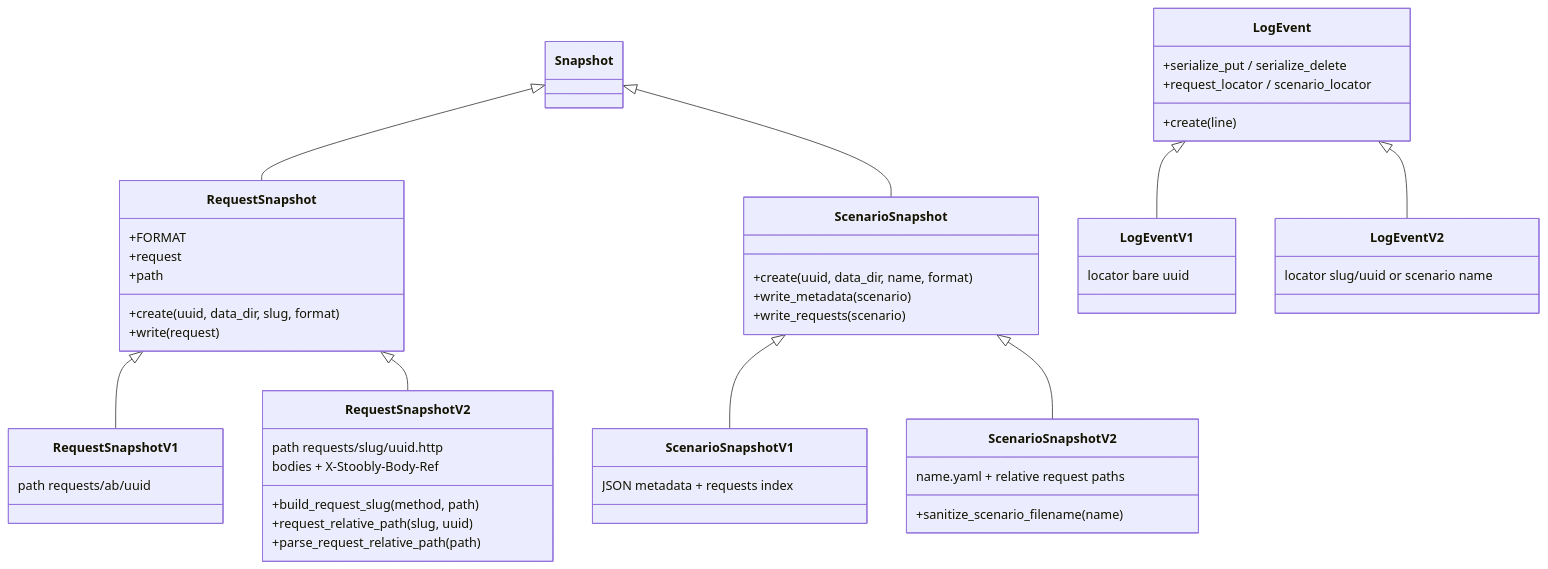
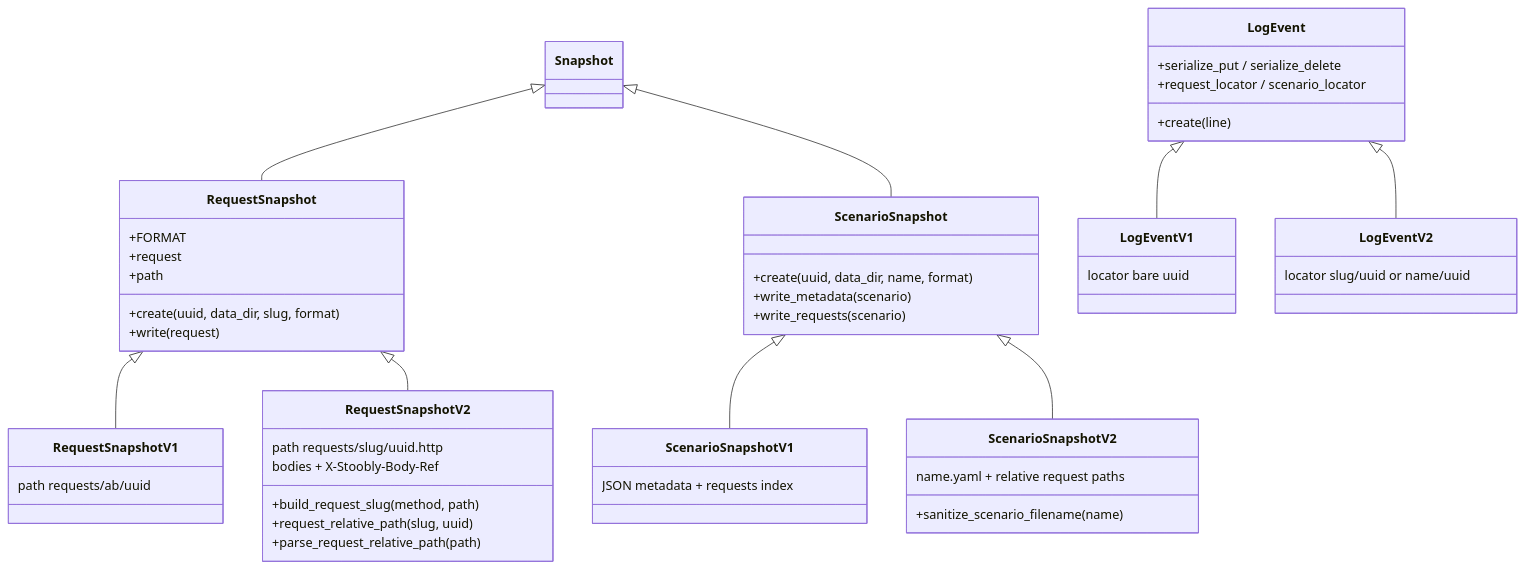
One commit to Stoobly/stoobly-agent changed the second of 2 diagrams in docs/snapshot-create.md. Above: the diagram before and after it, drawn with Mermaid. The commit also changed other lines of this file and 15 other files, not shown here.

First line of the commit message:
Relocate scenario YAML on rename and key v2 history by UUID.

````diff
--- a/docs/snapshot-create.md
+++ b/docs/snapshot-create.md
@@ -40,52 +40,52 @@
 ```mermaid
 classDiagram
   Snapshot <|-- RequestSnapshot
   RequestSnapshot <|-- RequestSnapshotV1
   RequestSnapshot <|-- RequestSnapshotV2
   Snapshot <|-- ScenarioSnapshot
   ScenarioSnapshot <|-- ScenarioSnapshotV1
   ScenarioSnapshot <|-- ScenarioSnapshotV2
   LogEvent <|-- LogEventV1
   LogEvent <|-- LogEventV2
 
   class RequestSnapshot {
     +create(uuid, data_dir, slug, format)
     +FORMAT
     +write(request)
     +request
     +path
   }
   class RequestSnapshotV1 {
     path requests/ab/uuid
   }
   class RequestSnapshotV2 {
     +build_request_slug(method, path)
     +request_relative_path(slug, uuid)
     +parse_request_relative_path(path)
     path requests/slug/uuid.http
     bodies + X-Stoobly-Body-Ref
   }
   class ScenarioSnapshot {
     +create(uuid, data_dir, name, format)
     +write_metadata(scenario)
     +write_requests(scenario)
   }
   class ScenarioSnapshotV1 {
     JSON metadata + requests index
   }
   class ScenarioSnapshotV2 {
     +sanitize_scenario_filename(name)
     name.yaml + relative request paths
   }
   class LogEvent {
     +create(line)
     +serialize_put / serialize_delete
     +request_locator / scenario_locator
   }
   class LogEventV1 {
     locator bare uuid
   }
   class LogEventV2 {
-    locator slug/uuid or scenario name
+    locator slug/uuid or name/uuid
   }
 ```
````
